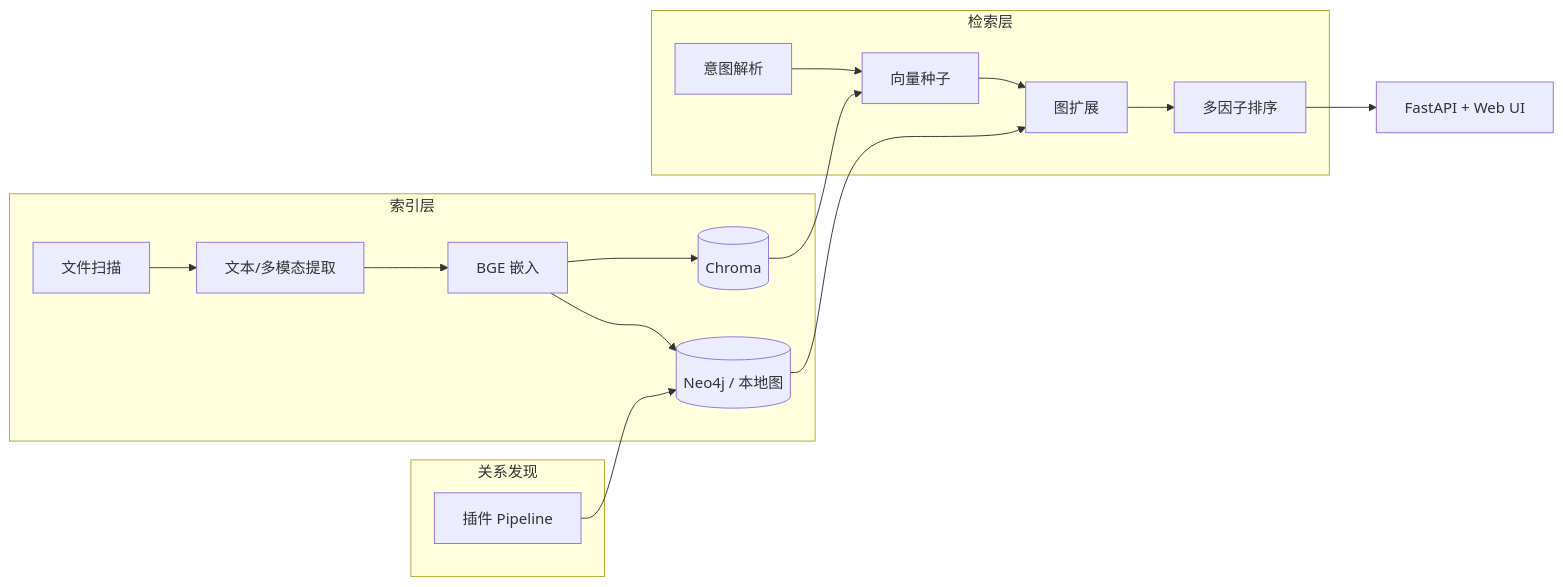
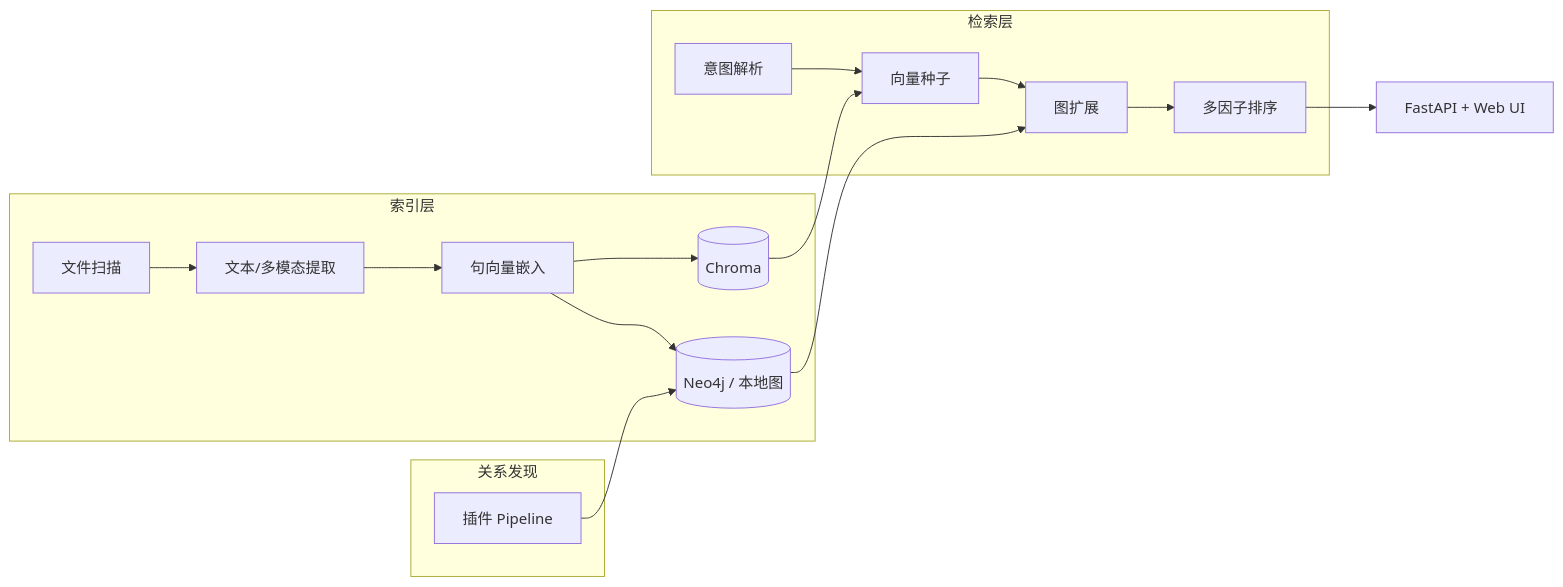
One commit to S1M0nLEE/File-Describer changed the diagram in README.md. Above: the diagram before and after it, drawn with Mermaid. The commit also changed other lines of this file and 128 other files, not shown here.

````diff
--- a/README.md
+++ b/README.md
@@ -61,20 +91,20 @@
 ```mermaid
 flowchart LR
   subgraph index [索引层]
     Scan[文件扫描] --> Extract[文本/多模态提取]
-    Extract --> Embed[BGE 嵌入]
+    Extract --> Embed[句向量嵌入]
     Embed --> Chroma[(Chroma)]
     Embed --> Graph[(Neo4j / 本地图)]
   end
   subgraph rel [关系发现]
     Pipeline[插件 Pipeline] --> Graph
   end
   subgraph search [检索层]
     Intent[意图解析] --> Seed[向量种子]
     Seed --> Expand[图扩展]
     Expand --> Rank[多因子排序]
   end
   Chroma --> Seed
   Graph --> Expand
   Rank --> UI[FastAPI + Web UI]
 ```
````
